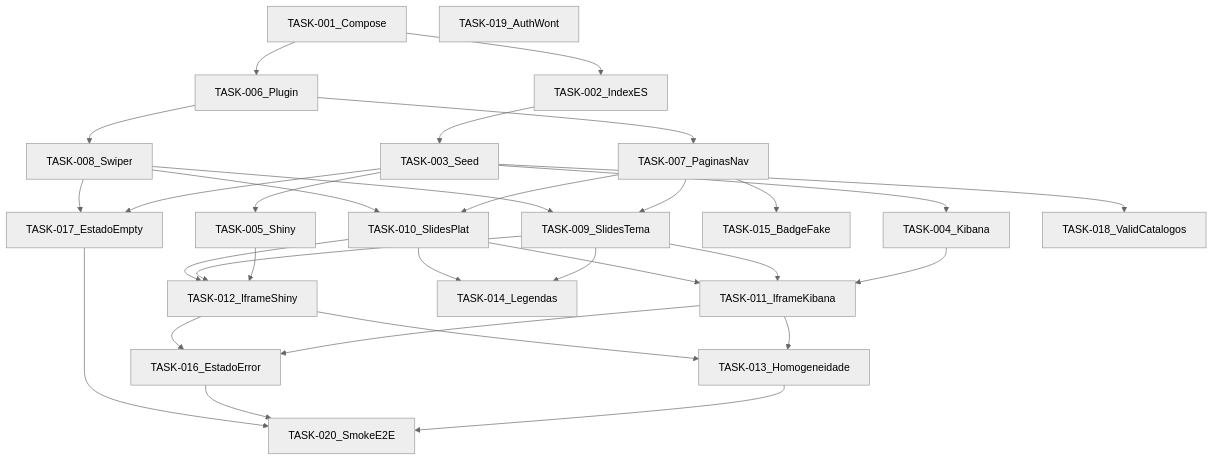
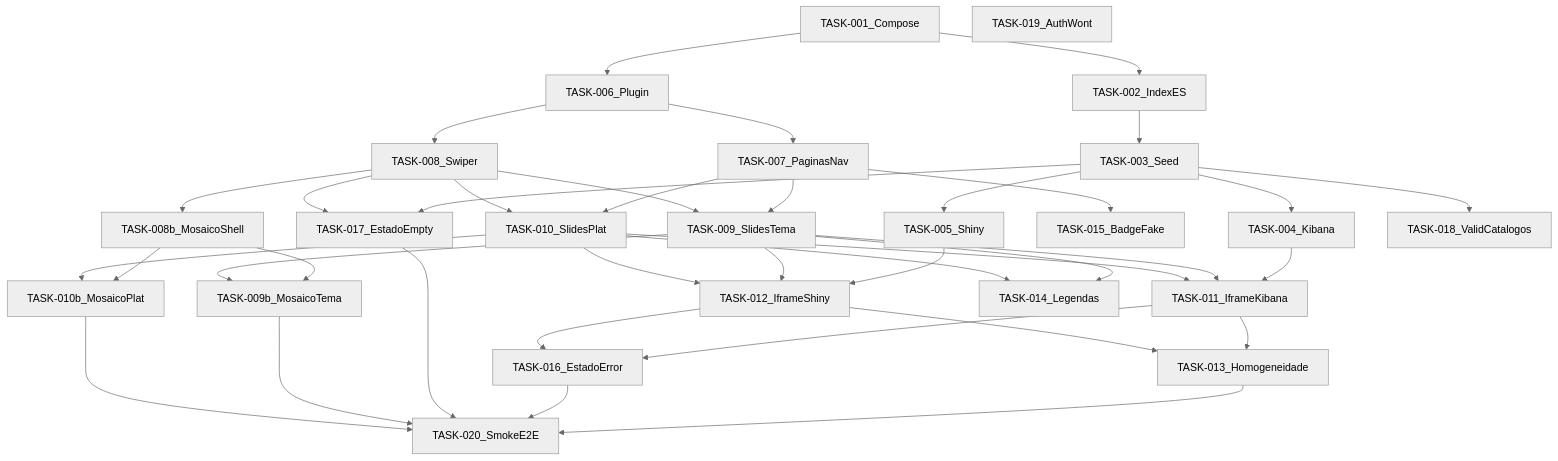
The diagram in docs/04-tasks/grafo-dependencias.md (NicolasYMonteiro/isc_painel_desinformacao_wordpress), drawn with Mermaid (neutral theme) before and after one commit. The commit also changed other lines of this file and 72 other files, not shown here.

````diff
--- a/docs/04-tasks/grafo-dependencias.md
+++ b/docs/04-tasks/grafo-dependencias.md
@@ -14,54 +14,64 @@
 ```mermaid
 flowchart TD
   T001[TASK-001_Compose]
   T002[TASK-002_IndexES]
   T003[TASK-003_Seed]
   T004[TASK-004_Kibana]
   T005[TASK-005_Shiny]
   T006[TASK-006_Plugin]
   T007[TASK-007_PaginasNav]
   T008[TASK-008_Swiper]
+  T008b[TASK-008b_MosaicoShell]
   T009[TASK-009_SlidesTema]
+  T009b[TASK-009b_MosaicoTema]
   T010[TASK-010_SlidesPlat]
+  T010b[TASK-010b_MosaicoPlat]
   T011[TASK-011_IframeKibana]
   T012[TASK-012_IframeShiny]
   T013[TASK-013_Homogeneidade]
   T014[TASK-014_Legendas]
   T015[TASK-015_BadgeFake]
   T016[TASK-016_EstadoError]
   T017[TASK-017_EstadoEmpty]
   T018[TASK-018_ValidCatalogos]
   T019[TASK-019_AuthWont]
   T020[TASK-020_SmokeE2E]
 
   T001 --> T002
   T002 --> T003
   T003 --> T004
   T003 --> T005
   T003 --> T018
   T003 --> T017
   T001 --> T006
   T006 --> T007
   T006 --> T008
   T007 --> T009
   T008 --> T009
   T007 --> T010
   T008 --> T010
+  T008 --> T008b
+  T008b --> T009b
+  T009 --> T009b
+  T008b --> T010b
+  T010 --> T010b
   T007 --> T015
   T008 --> T017
   T009 --> T014
   T010 --> T014
   T004 --> T011
   T009 --> T011
   T010 --> T011
   T005 --> T012
   T009 --> T012
   T010 --> T012
   T011 --> T013
   T012 --> T013
   T011 --> T016
   T012 --> T016
   T013 --> T020
   T016 --> T020
   T017 --> T020
+  T009b --> T020
+  T010b --> T020
 ```
````
